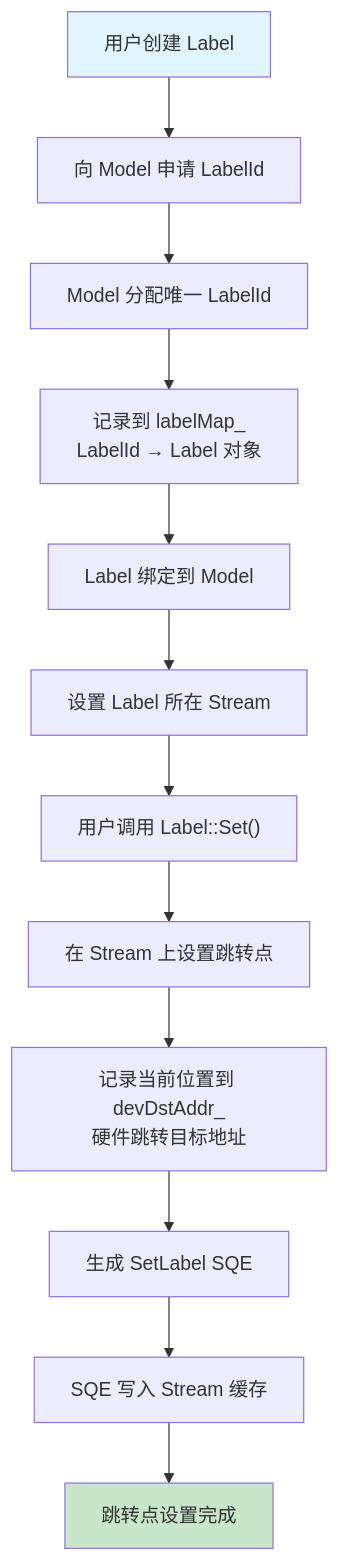
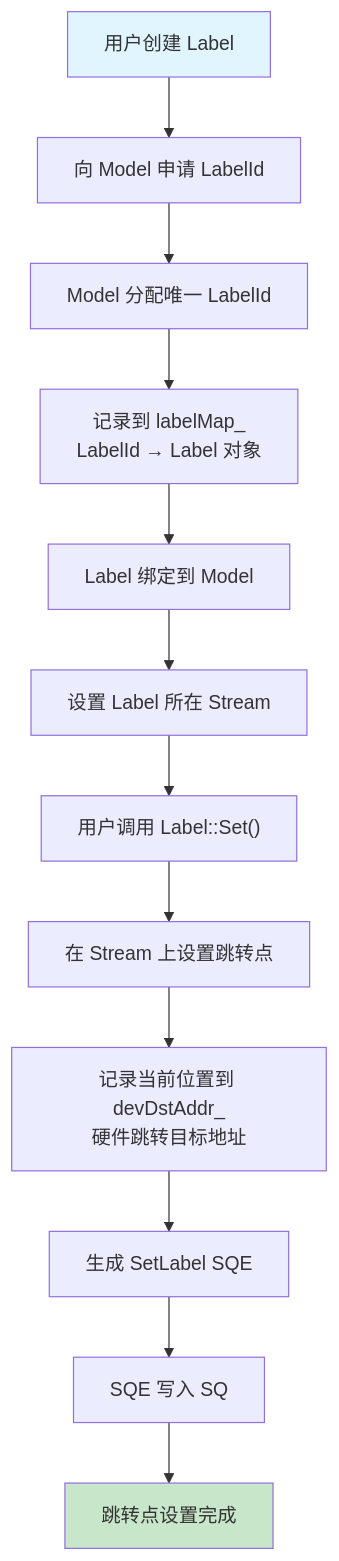
Diagram 15 of 21 in docs/design/modules/model/model.md (18liumin/runtime), drawn with Mermaid before and after one commit. The commit also changed other lines of this file, not shown here.

````diff
--- a/docs/design/modules/model/model.md
+++ b/docs/design/modules/model/model.md
@@ -503,19 +852,19 @@
 ```mermaid
 flowchart TD
     A["用户创建 Label"] --> B["向 Model 申请 LabelId"]
     B --> C["Model 分配唯一 LabelId"]
     C --> D["记录到 labelMap_<br/>LabelId → Label 对象"]
     
     D --> E["Label 绑定到 Model"]
     E --> F["设置 Label 所在 Stream"]
     
     F --> G["用户调用 Label::Set()"]
     G --> H["在 Stream 上设置跳转点"]
     H --> I["记录当前位置到 devDstAddr_<br/>硬件跳转目标地址"]
     I --> J["生成 SetLabel SQE"]
-    J --> K["SQE 写入 Stream 缓存"]
+    J --> K["SQE 写入 SQ"]
     K --> L["跳转点设置完成"]
     
     style A fill:#e1f5ff
     style L fill:#c8e6c9
 ```
````
